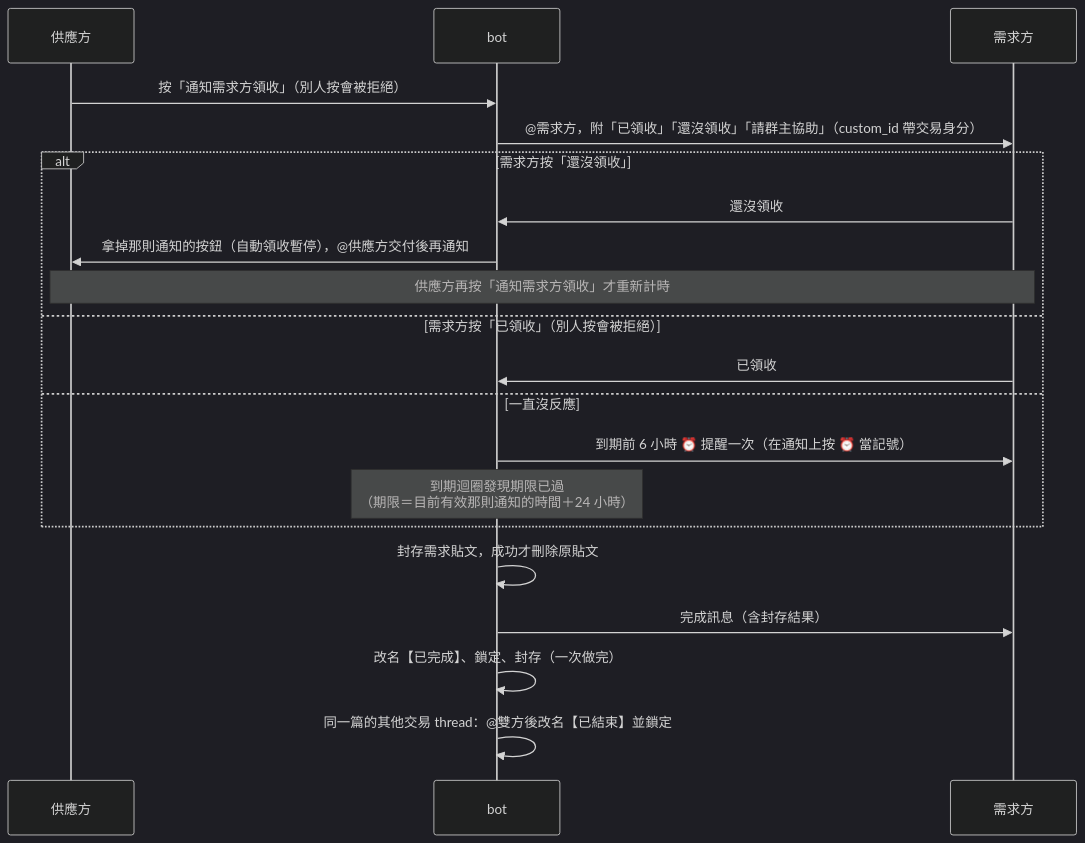
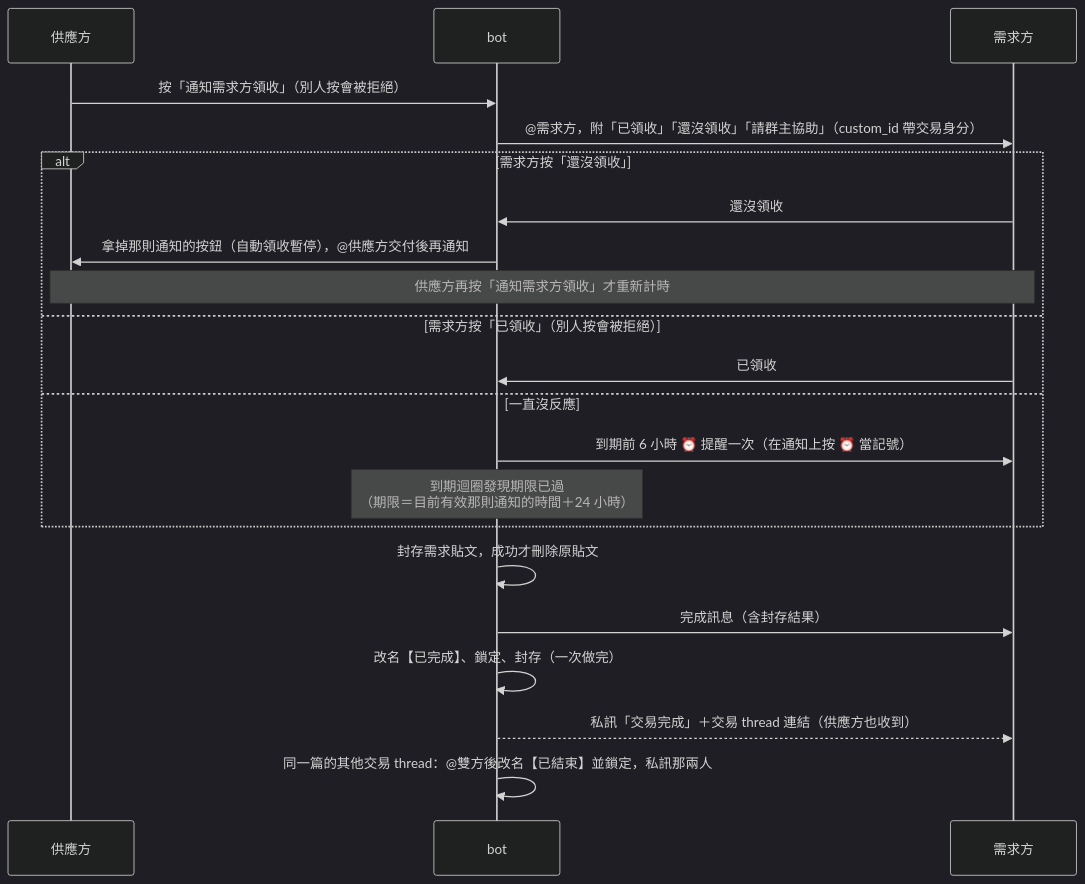
The fourth of 11 diagrams in TRADE_FLOW.md (jjasoncool/Discord-Bot), drawn with Mermaid (dark theme) before and after one commit. The commit also changed other lines of this file and 1 other file, not shown here.

````diff
--- a/TRADE_FLOW.md
+++ b/TRADE_FLOW.md
@@ -105,22 +106,23 @@
 ```mermaid
 sequenceDiagram
   participant S as 供應方
   participant Bot as bot
   participant R as 需求方
   S->>Bot: 按「通知需求方領收」（別人按會被拒絕）
   Bot->>R: @需求方，附「已領收」「還沒領收」「請群主協助」（custom_id 帶交易身分）
   alt 需求方按「還沒領收」
     R->>Bot: 還沒領收
     Bot->>S: 拿掉那則通知的按鈕（自動領收暫停），@供應方交付後再通知
     Note over S,R: 供應方再按「通知需求方領收」才重新計時
   else 需求方按「已領收」（別人按會被拒絕）
     R->>Bot: 已領收
   else 一直沒反應
     Bot->>R: 到期前 6 小時 ⏰ 提醒一次（在通知上按 ⏰ 當記號）
     Note over Bot: 到期迴圈發現期限已過<br/>（期限＝目前有效那則通知的時間＋24 小時）
   end
   Bot->>Bot: 封存需求貼文，成功才刪除原貼文
   Bot->>R: 完成訊息（含封存結果）
   Bot->>Bot: 改名【已完成】、鎖定、封存（一次做完）
-  Bot->>Bot: 同一篇的其他交易 thread：@雙方後改名【已結束】並鎖定
+  Bot-->>R: 私訊「交易完成」＋交易 thread 連結（供應方也收到）
+  Bot->>Bot: 同一篇的其他交易 thread：@雙方後改名【已結束】並鎖定，私訊那兩人
 ```
````
